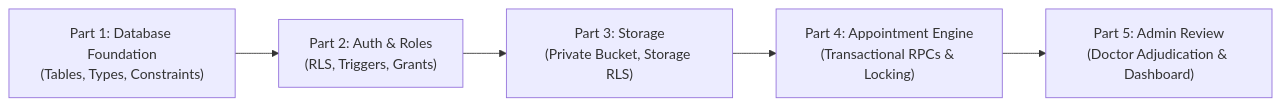
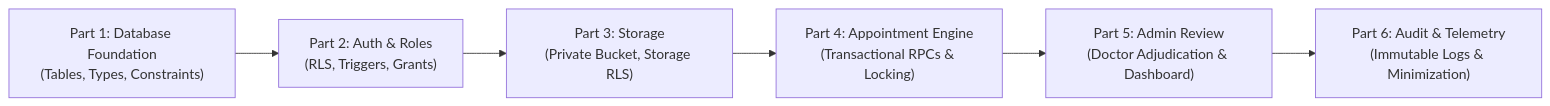
Before and after one commit to rakeshn7/VoiceCare: the diagram in docs/phase-2/README.md, drawn with Mermaid. The commit also changed other lines of this file and 5 other files, not shown here.

Commit message:
feat(phase-2): complete part 6 audit logging, telemetry and compliance

````diff
--- a/docs/phase-2/README.md
+++ b/docs/phase-2/README.md
@@ -129,7 +146,8 @@
 ```mermaid
 flowchart LR
     P1["Part 1: Database Foundation<br/>(Tables, Types, Constraints)"] --> P2["Part 2: Auth & Roles<br/>(RLS, Triggers, Grants)"]
     P2 --> P3["Part 3: Storage<br/>(Private Bucket, Storage RLS)"]
     P3 --> P4["Part 4: Appointment Engine<br/>(Transactional RPCs & Locking)"]
     P4 --> P5["Part 5: Admin Review<br/>(Doctor Adjudication & Dashboard)"]
+    P5 --> P6["Part 6: Audit & Telemetry<br/>(Immutable Logs & Minimization)"]
 ```
````
